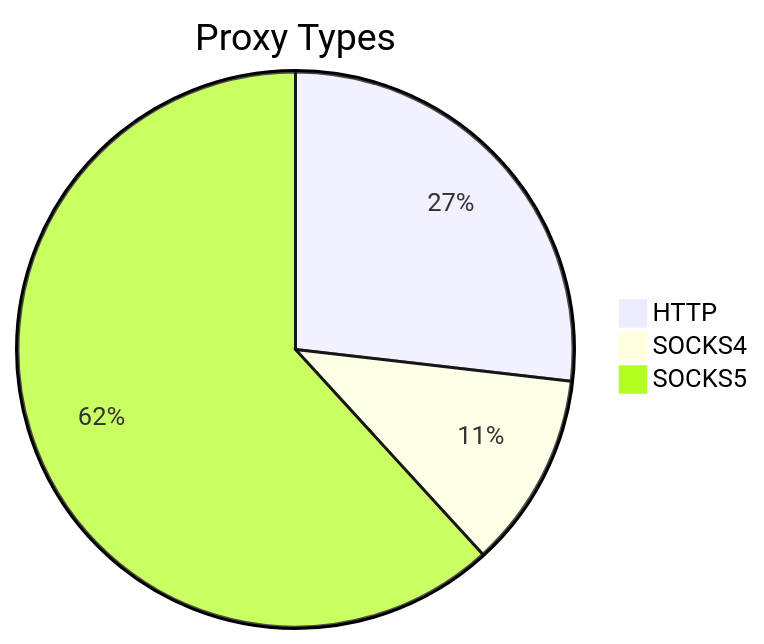
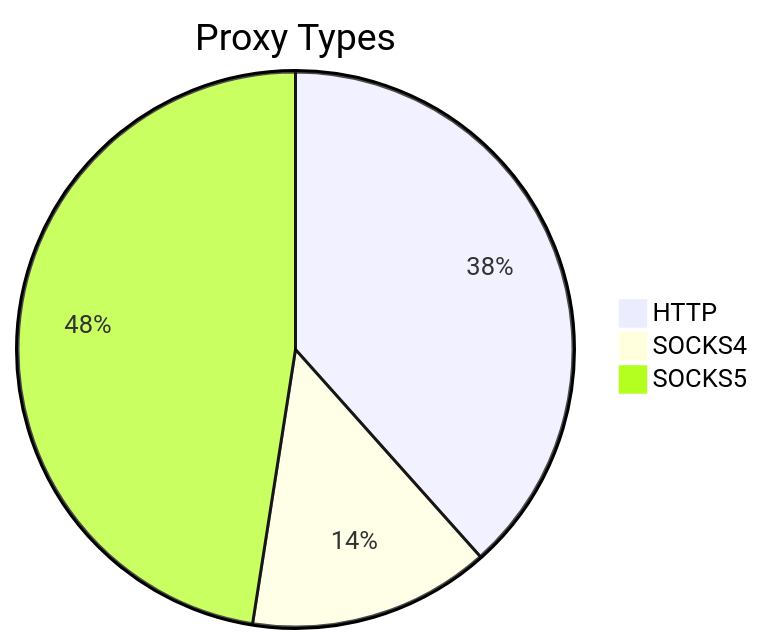
The first of 2 diagrams in README.md (stormsia/proxy-list), drawn with Mermaid before and after one commit. The commit also changed other lines of this file, not shown here.

````diff
--- a/README.md
+++ b/README.md
@@ -21,6 +21,6 @@
 ```mermaid
 pie title Proxy Types
-    "HTTP" : 66
-    "SOCKS4" : 28
-    "SOCKS5" : 152
+    "HTTP" : 101
+    "SOCKS4" : 37
+    "SOCKS5" : 125
 ```
````
